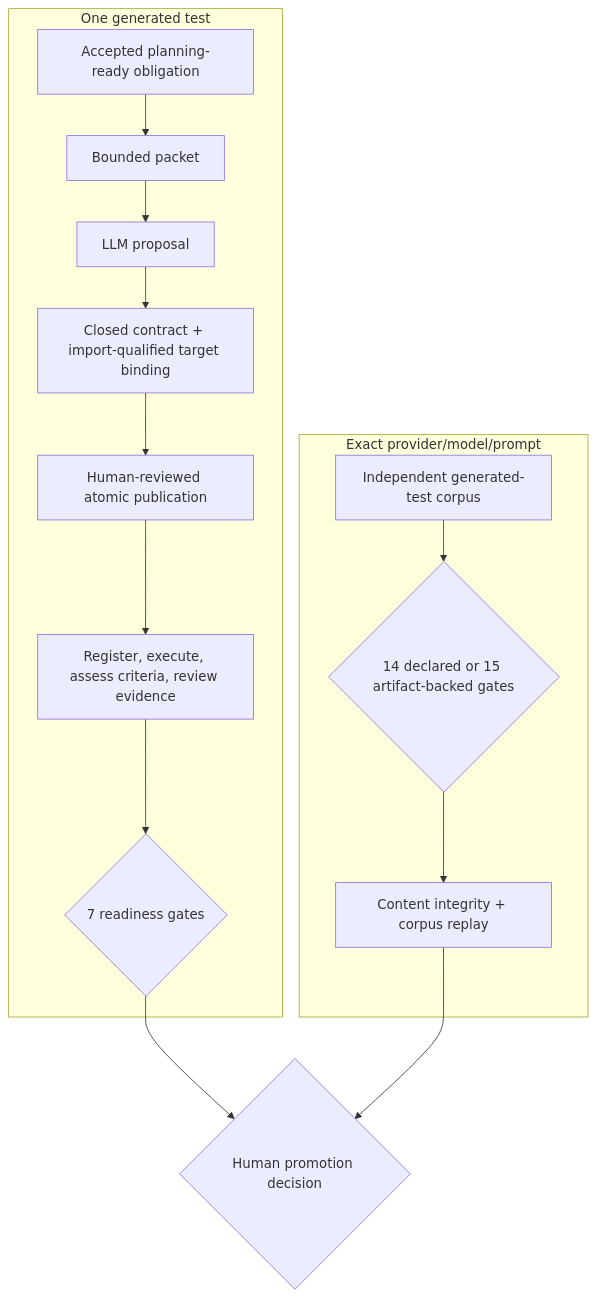
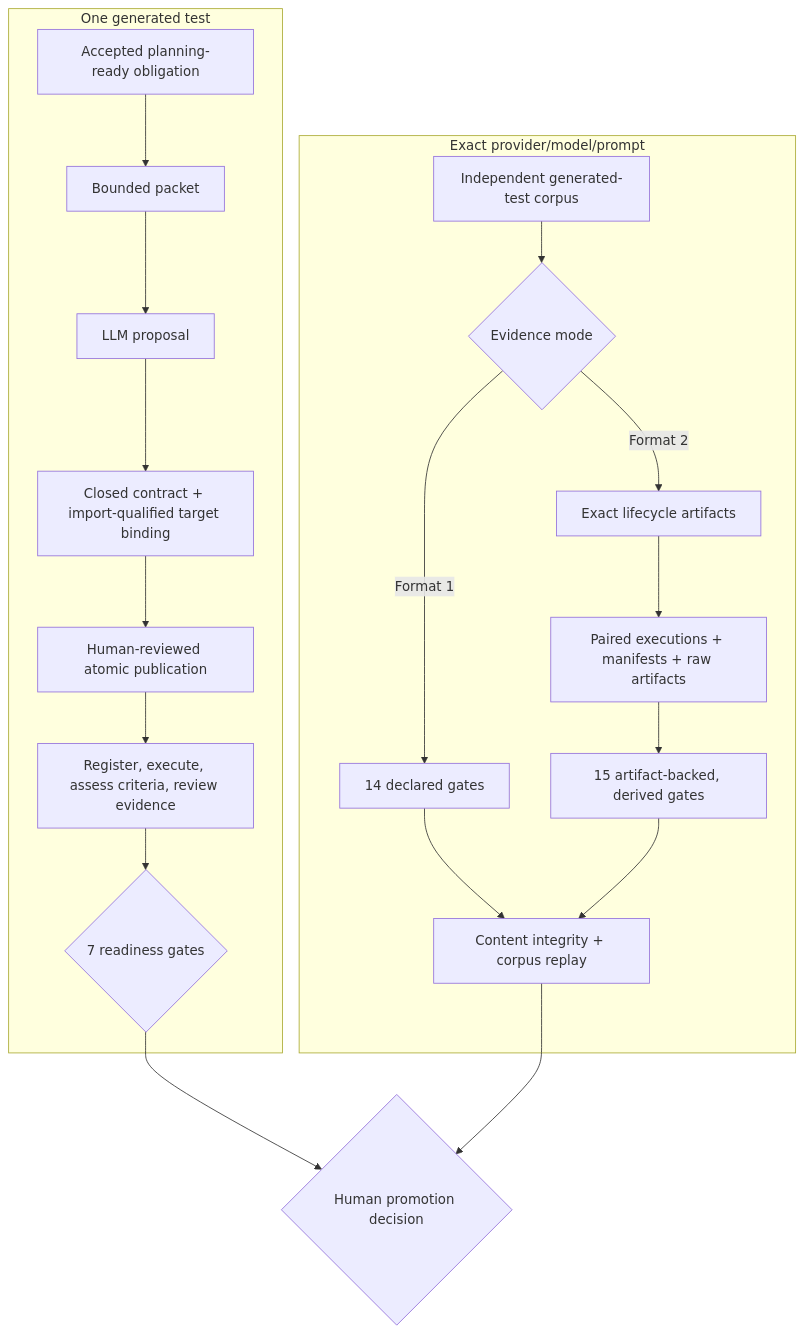
The fourth of 4 diagrams in docs/WORKFLOW.md (willtran87/project-py-sfmea), drawn with Mermaid before and after one commit. The commit also changed 11 other files, not shown here.

Commit message:
Refresh generated-test documentation and diagrams

````diff
--- a/docs/WORKFLOW.md
+++ b/docs/WORKFLOW.md
@@ -706,17 +706,22 @@
 ```mermaid
 flowchart TB
   subgraph TEST["One generated test"]
     O["Accepted planning-ready obligation"] --> P["Bounded packet"]
     P --> L["LLM proposal"]
     L --> B["Closed contract + import-qualified target binding"]
     B --> H["Human-reviewed atomic publication"]
     H --> E["Register, execute, assess criteria, review evidence"]
     E --> R{"7 readiness gates"}
   end
   subgraph QUAL["Exact provider/model/prompt"]
-    C["Independent generated-test corpus"] --> G{"14 declared or 15 artifact-backed gates"}
-    G --> V["Content integrity + corpus replay"]
+    C["Independent generated-test corpus"] --> QMODE{"Evidence mode"}
+    QMODE -- "Format 1" --> Q14["14 declared gates"]
+    QMODE -- "Format 2" --> QART["Exact lifecycle artifacts"]
+    QART --> QRAW["Paired executions + manifests + raw artifacts"]
+    QRAW --> Q15["15 artifact-backed, derived gates"]
+    Q14 --> QREPLAY["Content integrity + corpus replay"]
+    Q15 --> QREPLAY
   end
   R --> D{"Human promotion decision"}
-  V --> D
+  QREPLAY --> D
 ```
````
